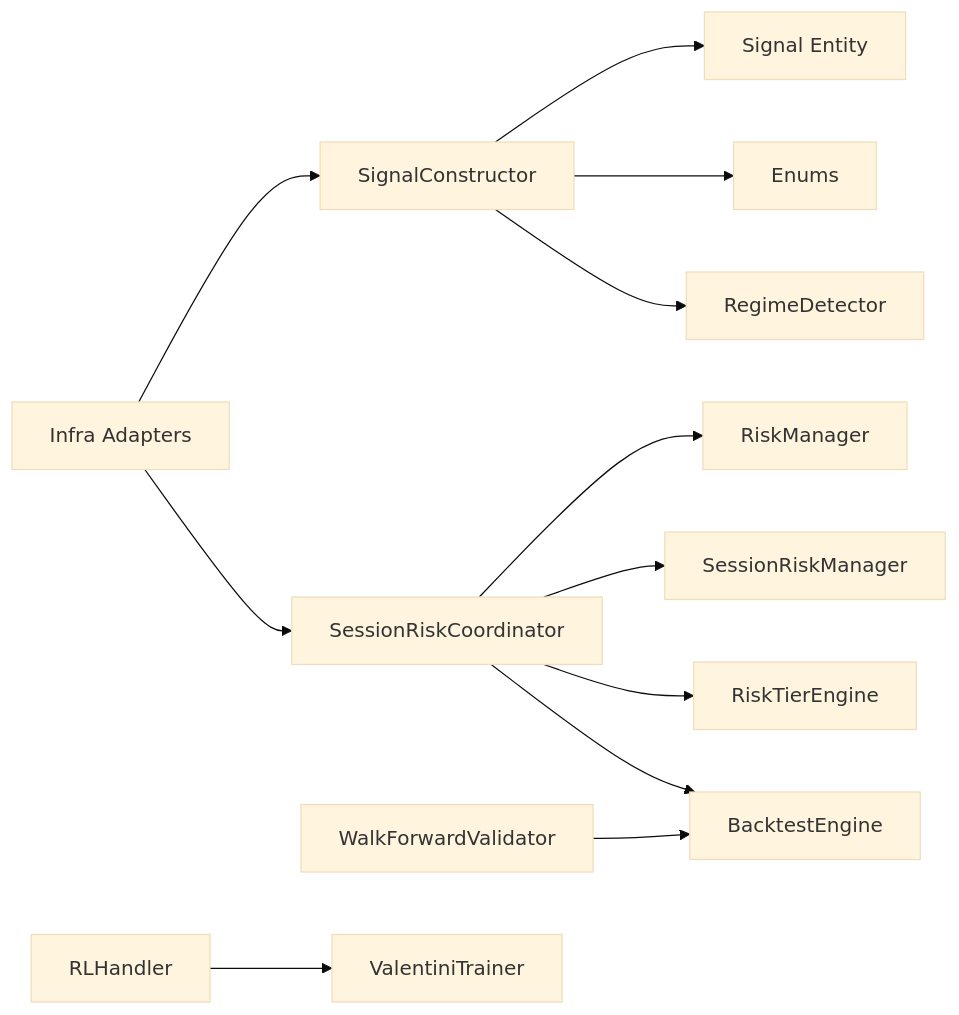
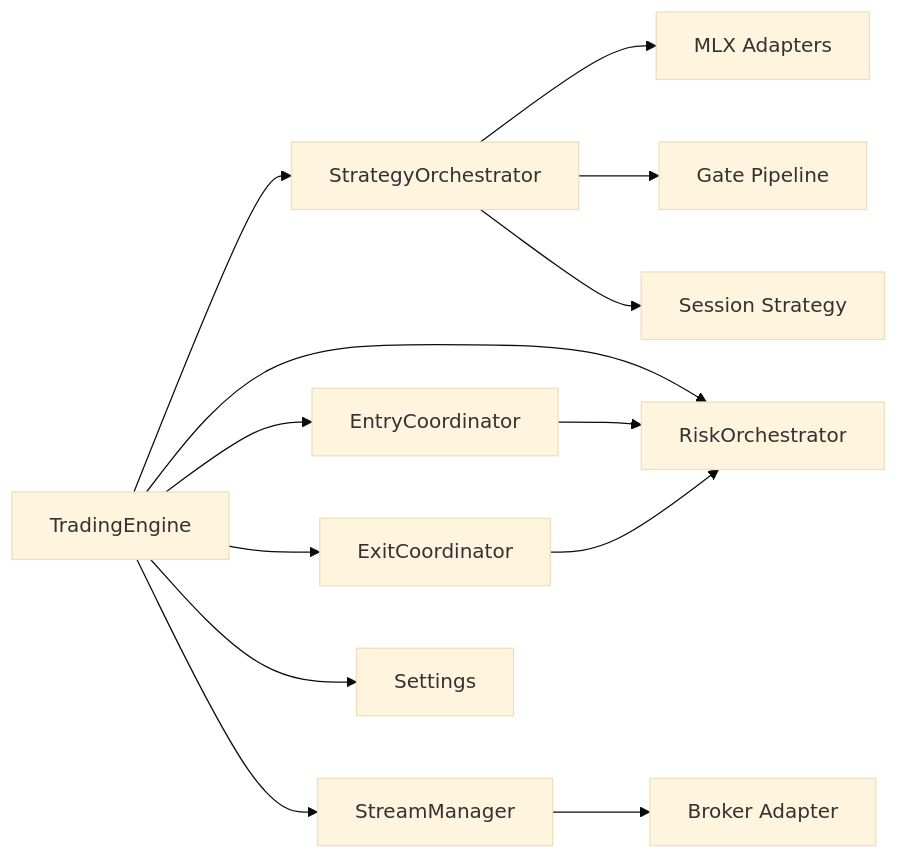
One commit to gemrajkhatry-maker/v5-of-glassytrade-ai changed the tenth of 10 diagrams in .qoder/repowiki/en/content/Advanced Topics/Advanced Topics.md. Above: the diagram before and after it, drawn with Mermaid (base theme). The commit also changed other lines of this file and 930 other files, not shown here.

````diff
--- a/.qoder/repowiki/en/content/Advanced Topics/Advanced Topics.md
+++ b/.qoder/repowiki/en/content/Advanced Topics/Advanced Topics.md
@@ -362,14 +501,15 @@
 ```mermaid
 graph LR
-SC["SignalConstructor"] --> ENT["Signal Entity"]
-SC --> ENUM["Enums"]
-SC --> REG["RegimeDetector"]
-SRC["SessionRiskCoordinator"] --> RM["RiskManager"]
-SRC --> SRM["SessionRiskManager"]
-SRC --> RTE["RiskTierEngine"]
-SRC --> BT["BacktestEngine"]
-WF["WalkForwardValidator"] --> BT
-RLH["RLHandler"] --> TR["ValentiniTrainer"]
-IF["Infra Adapters"] --> SC
-IF --> SRC
+TE["TradingEngine"] --> SO["StrategyOrchestrator"]
+TE --> EC["EntryCoordinator"]
+TE --> XC["ExitCoordinator"]
+TE --> RO["RiskOrchestrator"]
+SO --> MLX["MLX Adapters"]
+SO --> GP["Gate Pipeline"]
+SO --> SSS["Session Strategy"]
+EC --> RO
+XC --> RO
+TE --> SM["StreamManager"]
+SM --> BR["Broker Adapter"]
+TE --> SET["Settings"]
 ```
````
